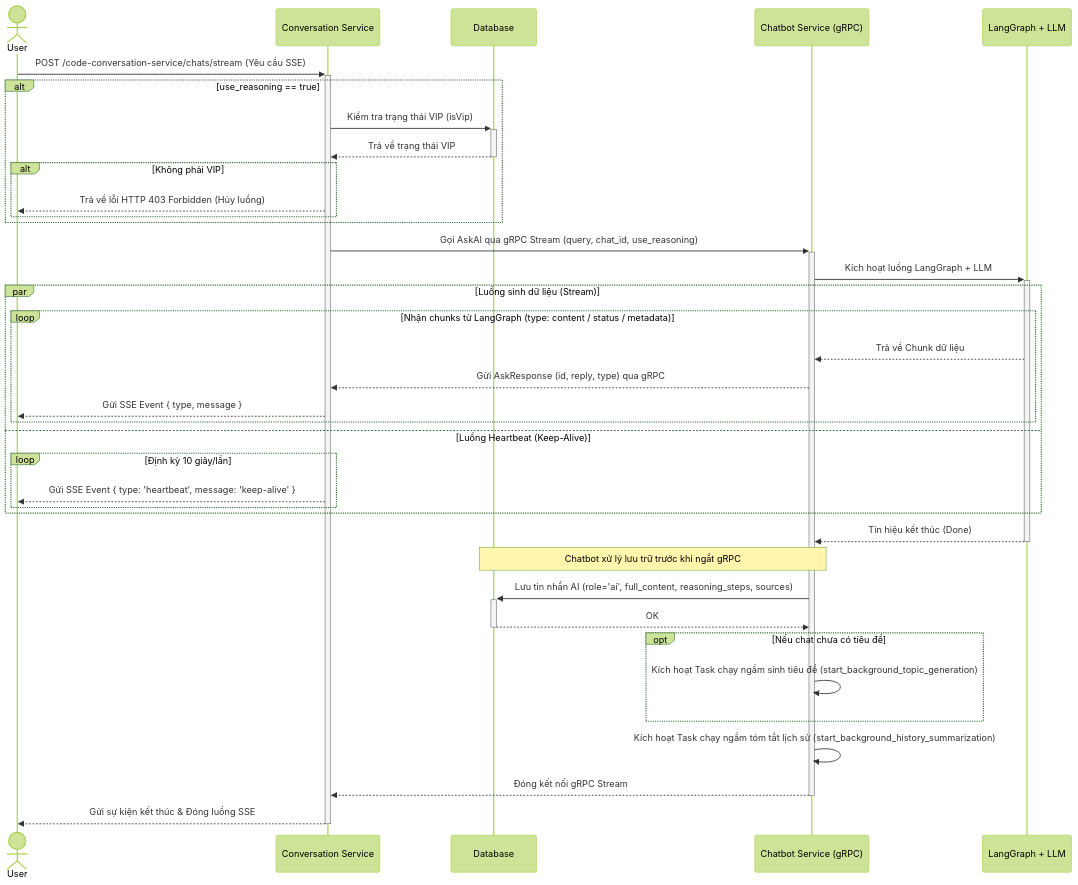
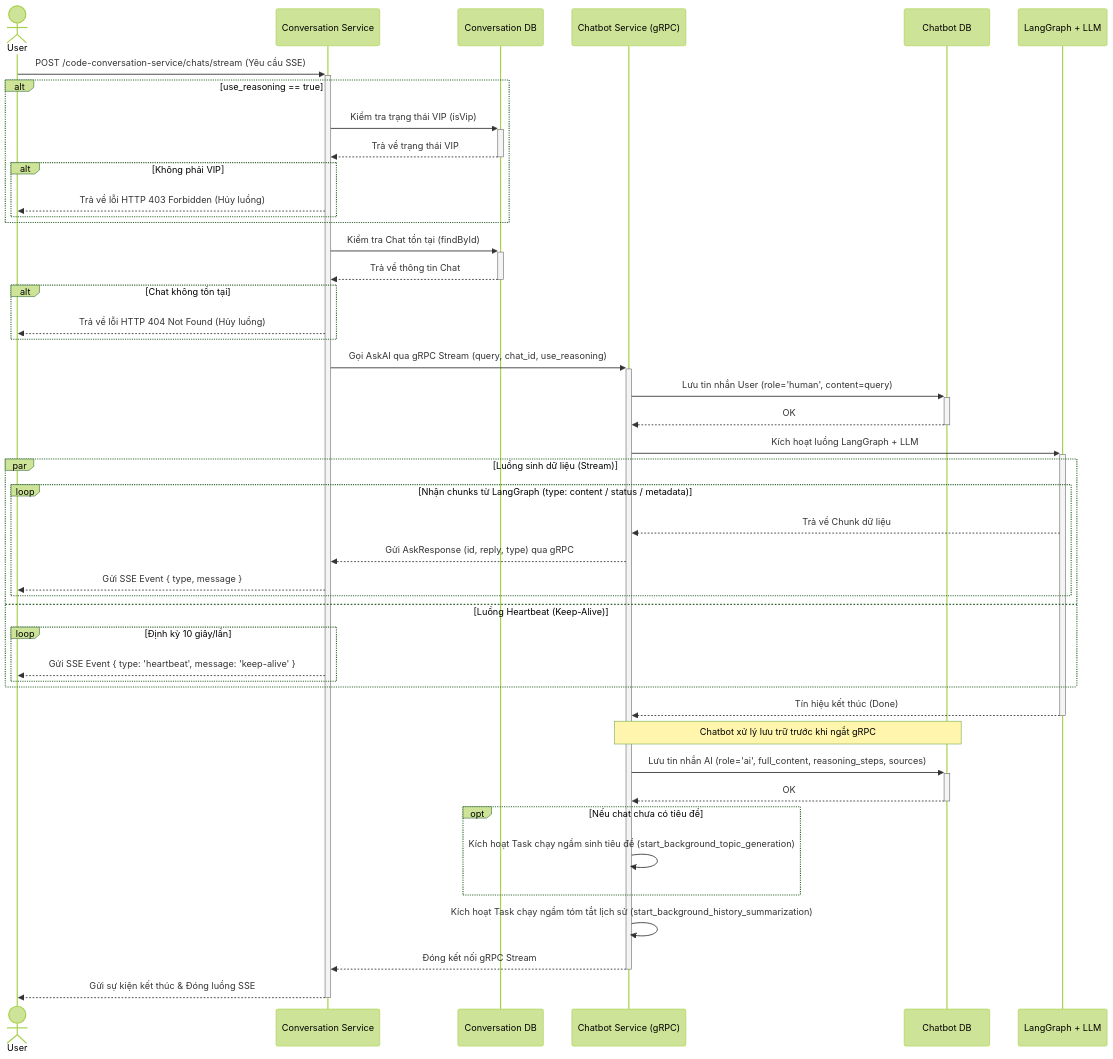
One commit to 20206205Tech/docs-markdown changed the diagram in docs/1. Tổng quan đề tài/1.3. Bài toán nghiệp vụ/sequence/conversation.mmd. Above: the diagram before and after it, drawn with Mermaid (forest theme). The commit also changed 2 other files, not shown here.

```diff
--- a/docs/1. Tổng quan đề tài/1.3. Bài toán nghiệp vụ/sequence/conversation.mmd
+++ b/docs/1. Tổng quan đề tài/1.3. Bài toán nghiệp vụ/sequence/conversation.mmd
@@ -1,54 +1,65 @@
-
 
 sequenceDiagram
     actor User
     participant ConvService as Conversation Service
-    participant DB as Database
+    participant ConvDB as Conversation DB
     participant Chatbot as Chatbot Service (gRPC)
+    participant ChatbotDB as Chatbot DB
     participant LLM as LangGraph + LLM
 
     %% Khởi tạo kết nối
     User->>+ConvService: POST /code-conversation-service/chats/stream (Yêu cầu SSE)
 
-    %% Kiểm tra điều kiện suy luận & VIP
+    %% Kiểm tra điều kiện suy luận & VIP (trên Conversation DB)
     alt use_reasoning == true
-        ConvService->>+DB: Kiểm tra trạng thái VIP (isVip)
-        DB-->>-ConvService: Trả về trạng thái VIP
+        ConvService->>+ConvDB: Kiểm tra trạng thái VIP (isVip)
+        ConvDB-->>-ConvService: Trả về trạng thái VIP
         alt Không phải VIP
             ConvService-->>User: Trả về lỗi HTTP 403 Forbidden (Hủy luồng)
         end
     end
 
+    %% Kiểm tra Chat tồn tại (trên Conversation DB)
+    ConvService->>+ConvDB: Kiểm tra Chat tồn tại (findById)
+    ConvDB-->>-ConvService: Trả về thông tin Chat
+    alt Chat không tồn tại
+        ConvService-->>User: Trả về lỗi HTTP 404 Not Found (Hủy luồng)
+    end
+
     %% Gọi sang service AI bằng gRPC
     ConvService->>+Chatbot: Gọi AskAI qua gRPC Stream (query, chat_id, use_reasoning)
+
+    %% Chatbot lưu tin nhắn User trước khi gọi LLM (vào Chatbot DB)
+    Chatbot->>+ChatbotDB: Lưu tin nhắn User (role='human', content=query)
+    ChatbotDB-->>-Chatbot: OK
 
     %% Khởi tạo luồng sinh text
     Chatbot->>+LLM: Kích hoạt luồng LangGraph + LLM
 
     par Luồng sinh dữ liệu (Stream)
         loop Nhận chunks từ LangGraph (type: content / status / metadata)
             LLM-->>Chatbot: Trả về Chunk dữ liệu
             Chatbot-->>ConvService: Gửi AskResponse (id, reply, type) qua gRPC
             ConvService-->>User: Gửi SSE Event { type, message }
         end
     and Luồng Heartbeat (Keep-Alive)
         loop Định kỳ 10 giây/lần
             ConvService-->>User: Gửi SSE Event { type: 'heartbeat', message: 'keep-alive' }
         end
     end
 
     %% Khi sinh xong, LangGraph kết thúc
     LLM-->>-Chatbot: Tín hiệu kết thúc (Done)
 
-    %% Hậu xử lý (Lưu trữ & Chạy ngầm)
-    Note over Chatbot, DB: Chatbot xử lý lưu trữ trước khi ngắt gRPC
-    Chatbot->>+DB: Lưu tin nhắn AI (role='ai', full_content, reasoning_steps, sources)
-    DB-->>-Chatbot: OK
+    %% Hậu xử lý (Lưu trữ tin nhắn AI vào Chatbot DB)
+    Note over Chatbot, ChatbotDB: Chatbot xử lý lưu trữ trước khi ngắt gRPC
+    Chatbot->>+ChatbotDB: Lưu tin nhắn AI (role='ai', full_content, reasoning_steps, sources)
+    ChatbotDB-->>-Chatbot: OK
 
     opt Nếu chat chưa có tiêu đề
         Chatbot->>Chatbot: Kích hoạt Task chạy ngầm sinh tiêu đề (start_background_topic_generation)
     end
     Chatbot->>Chatbot: Kích hoạt Task chạy ngầm tóm tắt lịch sử (start_background_history_summarization)
 
     Chatbot-->>-ConvService: Đóng kết nối gRPC Stream
     ConvService-->>-User: Gửi sự kiện kết thúc & Đóng luồng SSE
```
